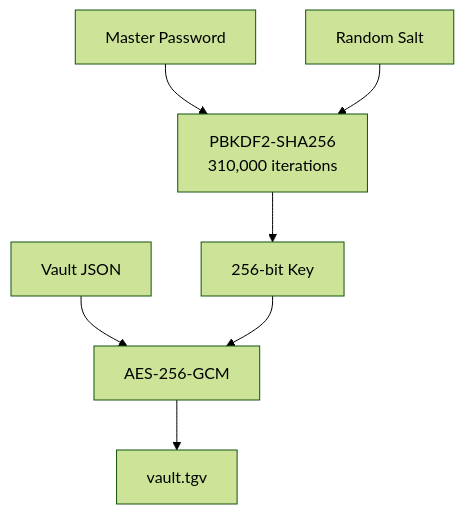
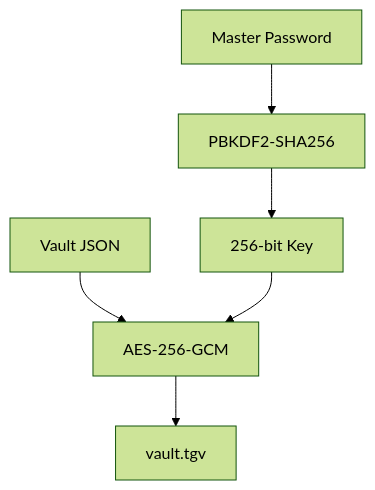
The second of 2 diagrams in README.md (Danial-Zolfaghari/TunnelGate), drawn with Mermaid (forest theme) before and after one commit. The commit also changed other lines of this file and 22 other files, not shown here.

````diff
--- a/README.md
+++ b/README.md
@@ -273,17 +46,8 @@
 ```mermaid
 flowchart TD
-    PASS["Master Password"]
-    SALT["Random Salt"]
-    KDF["PBKDF2-SHA256<br/>310,000 iterations"]
-    KEY["256-bit Key"]
-    DATA["Vault JSON"]
-    AES["AES-256-GCM"]
-    FILE["vault.tgv"]
-
-    PASS --> KDF
-    SALT --> KDF
-    KDF --> KEY
-    DATA --> AES
-    KEY --> AES
-    AES --> FILE
+ P[Master Password] --> KDF[PBKDF2-SHA256]
+ KDF --> K[256-bit Key]
+ V[Vault JSON] --> AES[AES-256-GCM]
+ K --> AES
+ AES --> F[vault.tgv]
 ```
````
